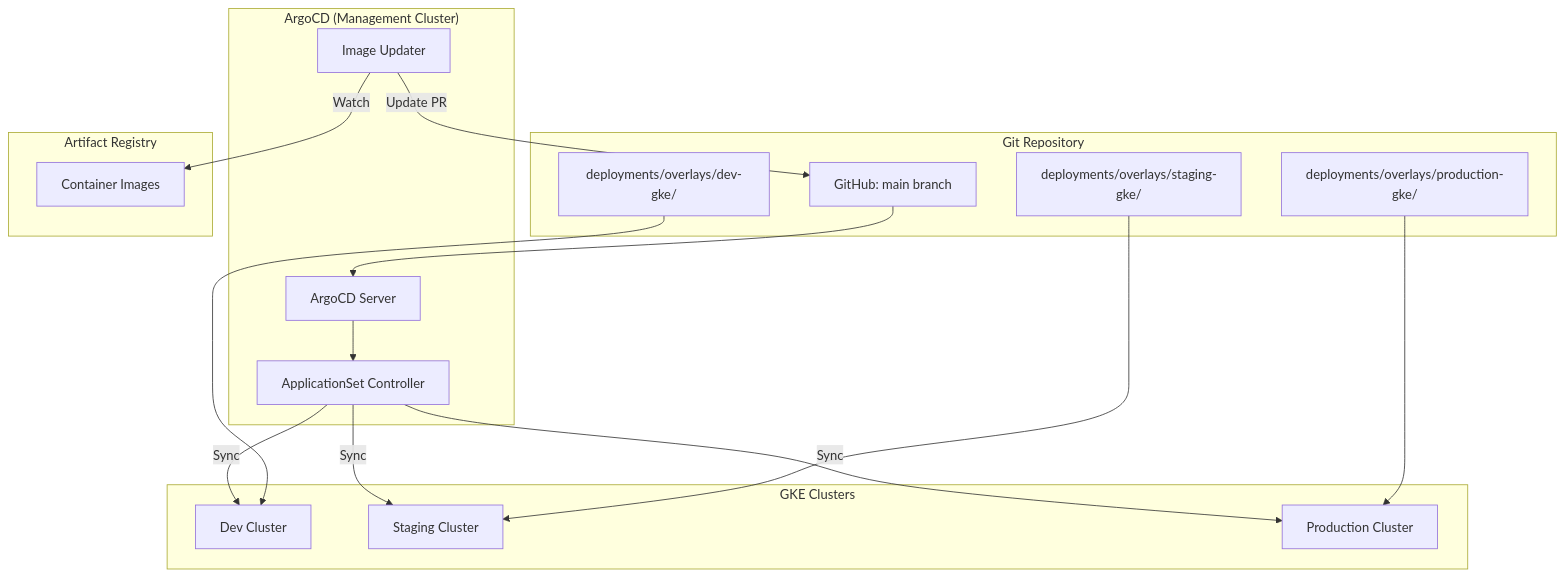
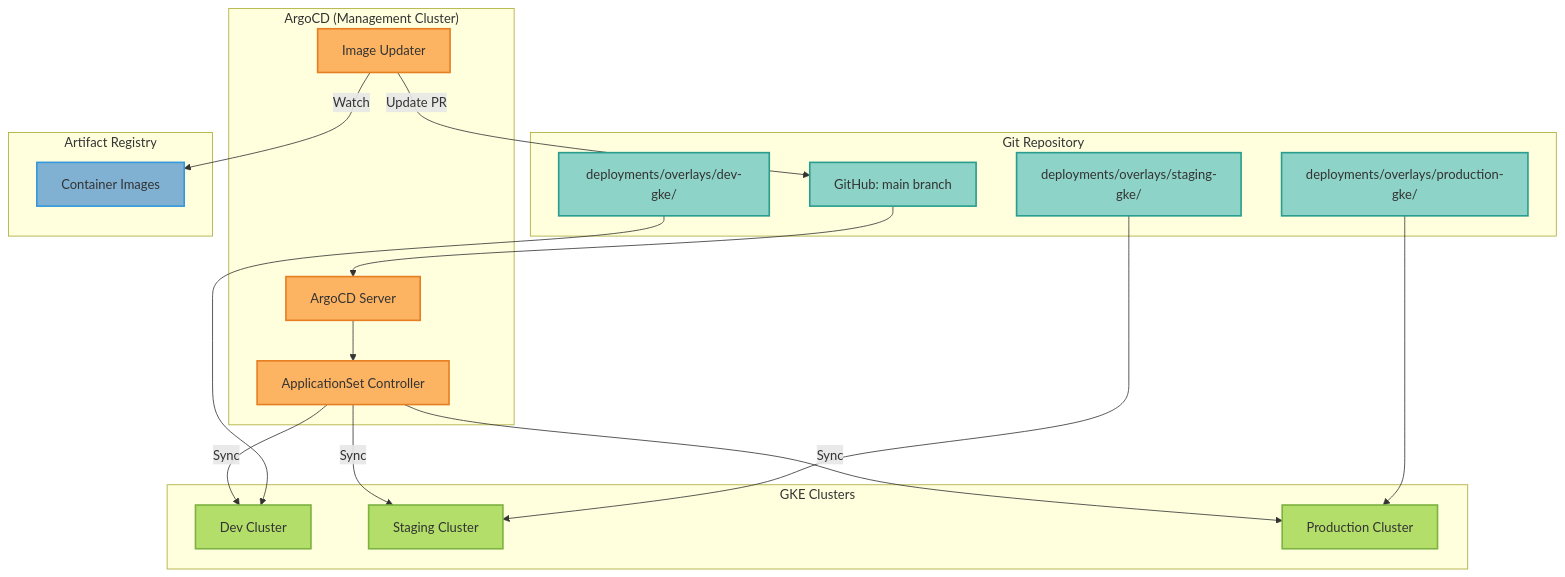
Before and after one commit to vishnu2kmohan/mcp-server-langgraph: the first of 2 diagrams in docs/deployment/gitops-argocd.mdx, drawn with Mermaid. The commit also changed other lines of this file and 13 other files, not shown here.

First line of the commit message:
docs: apply ColorBrewer2 Set3 styling to all remaining diagrams and enforce standards

````diff
--- a/docs/deployment/gitops-argocd.mdx
+++ b/docs/deployment/gitops-argocd.mdx
@@ -68,38 +68,49 @@
 ```mermaid
 flowchart TB
     subgraph "Git Repository"
         A[GitHub: main branch]
         B[deployments/overlays/production-gke/]
         C[deployments/overlays/staging-gke/]
         D[deployments/overlays/dev-gke/]
     end
 
     subgraph "ArgoCD (Management Cluster)"
         E[ArgoCD Server]
         F[ApplicationSet Controller]
         G[Image Updater]
     end
 
     subgraph "GKE Clusters"
         H[Dev Cluster]
         I[Staging Cluster]
         J[Production Cluster]
     end
 
     subgraph "Artifact Registry"
         K[Container Images]
     end
 
     A --> E
     E --> F
     F -->|Sync| H
     F -->|Sync| I
     F -->|Sync| J
 
     G -->|Watch| K
     G -->|Update PR| A
 
     B --> J
     C --> I
     D --> H
+
+    %% ColorBrewer2 Set3 palette - each component type uniquely colored
+    classDef gitStyle fill:#8dd3c7,stroke:#2a9d8f,stroke-width:2px,color:#333
+    classDef argocdStyle fill:#fdb462,stroke:#e67e22,stroke-width:2px,color:#333
+    classDef clusterStyle fill:#b3de69,stroke:#7cb342,stroke-width:2px,color:#333
+    classDef registryStyle fill:#80b1d3,stroke:#3498db,stroke-width:2px,color:#333
+
+    class A,B,C,D gitStyle
+    class E,F,G argocdStyle
+    class H,I,J clusterStyle
+    class K registryStyle
 ```
````
